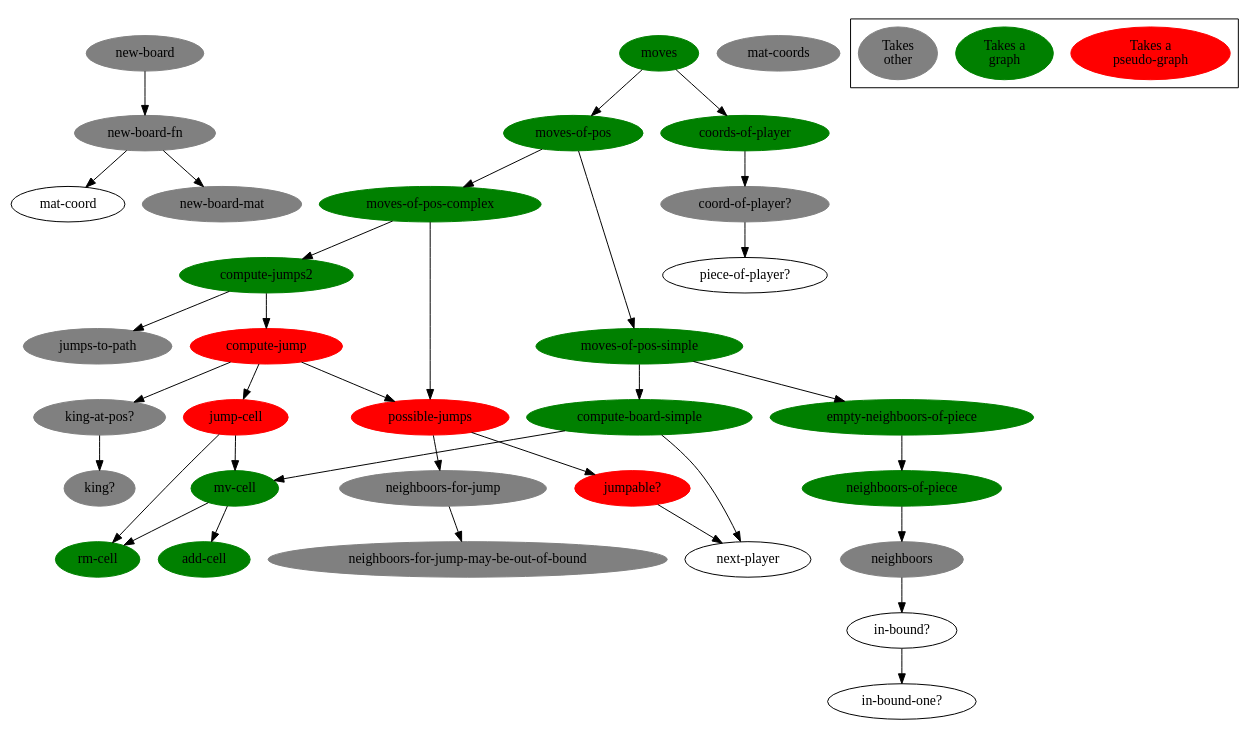
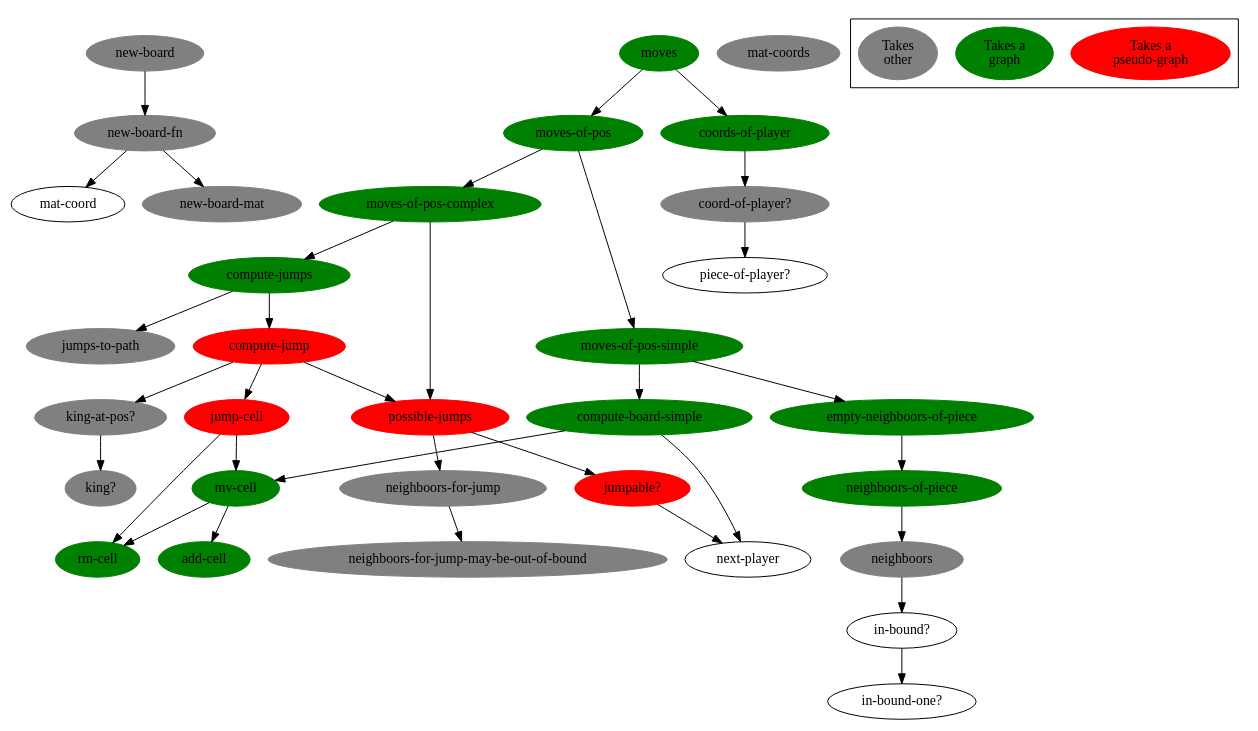
One commit to denlab/clojure-plays-checkers changed the diagram in doc/function-graph-detailled.dot. Above: the diagram before and after it, drawn with Graphviz. The commit also changed 1 other file, not shown here.

Commit message:
refacto-in-progress: renamed compute-jumps2 to compute-jumps

```diff
--- a/doc/function-graph-detailled.dot
+++ b/doc/function-graph-detailled.dot
@@ -1,112 +1,112 @@
 digraph funtions {
 
 /******************************************************************************
  *                         edges                                              *         
  ******************************************************************************/
 
         "new-board-fn" -> "mat-coord";
         "new-board-fn" -> "new-board-mat";
         
         "new-board" -> "new-board-fn";
 
         "in-bound?" -> "in-bound-one?";
 
         "neighboors" -> "in-bound?";
 
         "neighboors-of-piece" -> "neighboors";
 
         "empty-neighboors-of-piece" -> "neighboors-of-piece";
 
         "mv-cell" -> "rm-cell";
         "mv-cell" -> "add-cell";
 
         "compute-board-simple" -> "mv-cell";
         "compute-board-simple" -> "next-player";
 
         "moves-of-pos-simple" -> "compute-board-simple";
         "moves-of-pos-simple" ->  "empty-neighboors-of-piece";
         
         "neighboors-for-jump" -> "neighboors-for-jump-may-be-out-of-bound";
 
         "jumpable?" -> "next-player";
 
         "possible-jumps" -> "jumpable?";
         "possible-jumps" -> "neighboors-for-jump";
 
         "jump-cell" -> "rm-cell";
         "jump-cell" -> "mv-cell";
 
         "king-at-pos?" -> "king?";
 
         "compute-jump" -> "jump-cell";
         "compute-jump" -> "possible-jumps";
         "compute-jump" -> "king-at-pos?";
 
-        "compute-jumps2" -> "compute-jump";
-        "compute-jumps2" -> "jumps-to-path";
+        "compute-jumps" -> "compute-jump";
+        "compute-jumps" -> "jumps-to-path";
 
-        "moves-of-pos-complex" -> "compute-jumps2";
+        "moves-of-pos-complex" -> "compute-jumps";
         "moves-of-pos-complex" -> "possible-jumps";
 
         "moves-of-pos" -> "moves-of-pos-simple";
         "moves-of-pos" -> "moves-of-pos-complex";
 
         "coord-of-player?" -> "piece-of-player?";
 
         "coords-of-player" -> "coord-of-player?";
 
         "moves" -> "moves-of-pos";
         "moves" -> "coords-of-player";
 
 /******************************************************************************
  *                         nodes                                              *         
  ******************************************************************************/
 
         "moves"[bgcolor=green color=green style=filled];
         "coords-of-player"[bgcolor=green color=green style=filled];
         "moves-of-pos"[bgcolor=green color=green style=filled];
         "moves-of-pos-complex"[bgcolor=green color=green style=filled];
         "moves-of-pos-simple"[bgcolor=green color=green style=filled];
         "compute-board-simple"[bgcolor=green color=green style=filled];
         "mv-cell"[bgcolor=green color=green style=filled];
         "add-cell"[bgcolor=green color=green style=filled];
         "rm-cell"[bgcolor=green color=green style=filled];
         "empty-neighboors-of-piece"[bgcolor=green color=green style=filled];
         "neighboors-of-piece"[bgcolor=green color=green style=filled];
 
         "compute-jump"[bgcolor=red color=red style=filled];
         "jump-cell"[bgcolor=red color=red style=filled];
         "possible-jumps"[bgcolor=red color=red style=filled];
         "jumpable?"[bgcolor=red color=red style=filled];
 
         "coord-of-player?"[bgcolor=grey color=grey style=filled];
         "jumps-to-path"[bgcolor=grey color=grey style=filled];
         "king-at-pos?"[bgcolor=grey color=grey style=filled];
         "king?"[bgcolor=grey color=grey style=filled];
         "neighboors-for-jump"[bgcolor=grey color=grey style=filled];
         "neighboors-for-jump-may-be-out-of-bound"[bgcolor=grey color=grey style=filled];
         "neighboors"[bgcolor=grey color=grey style=filled];
         "new-board"[bgcolor=grey color=grey style=filled];
         "new-board-fn"[bgcolor=grey color=grey style=filled];
         "new-board-mat"[bgcolor=grey color=grey style=filled];
         "mat-coords"[bgcolor=grey color=grey style=filled];
 
 
-        "compute-jumps2"[bgcolor=green color=green style=filled];
+        "compute-jumps"[bgcolor=green color=green style=filled];
 
 /******************************************************************************
  *                         legend                                             *         
  ******************************************************************************/
 
         "Takes a\npseudo-graph"[bgcolor=red color=red style=filled];
         "Takes a\ngraph"[bgcolor=green color=green style=filled];
 //        "Takes\nother"[bgcolor="#94003f" color="#94003f" style=filled];
         "Takes\nother"[bgcolor=grey color=grey style=filled];
 
         subgraph "cluster-legend" {
                 "Takes a\npseudo-graph";
                 "Takes a\ngraph";
                 "Takes\nother";
         }
 
 }
```
